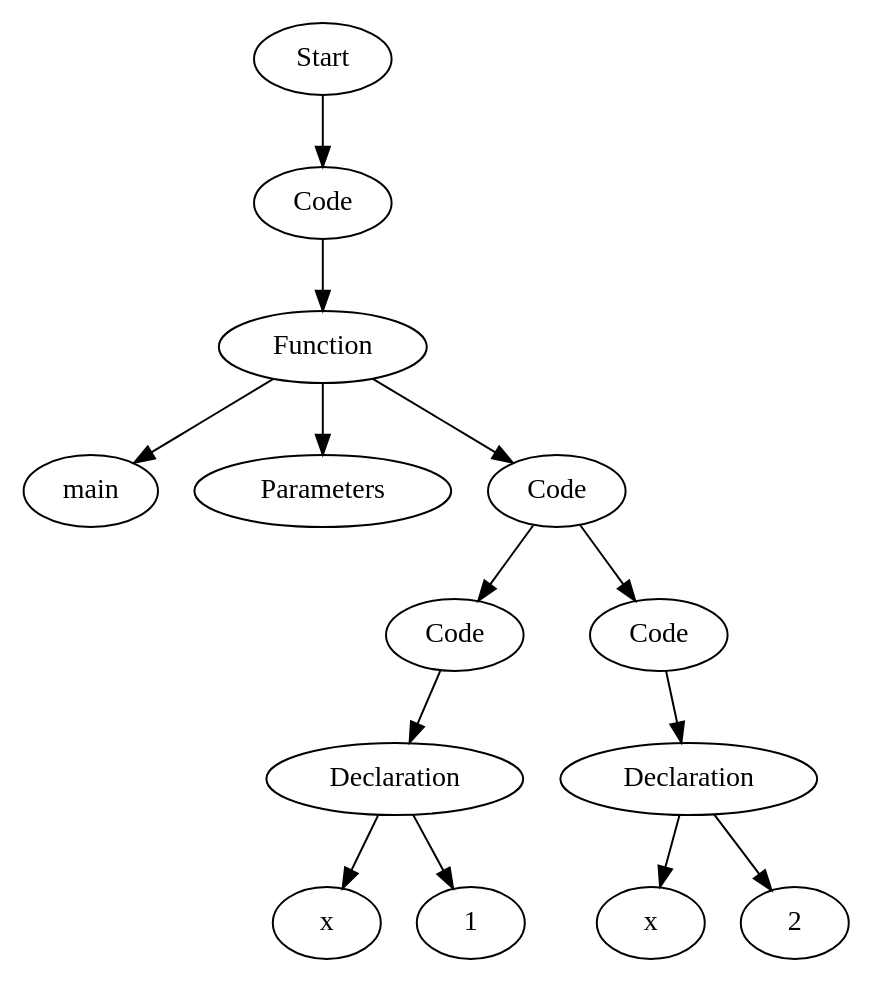
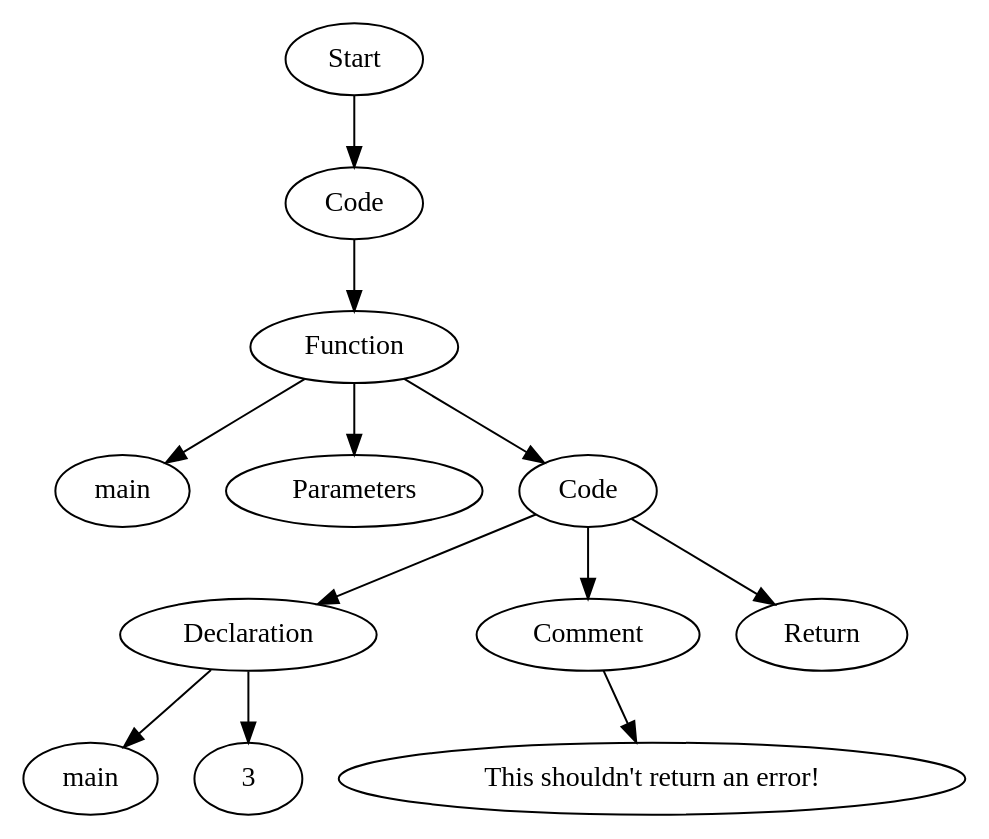
Before and after one commit to Are-you-listening/Compilers: the diagram in TestCases/ASTTests/SemanticErrorsTests/CreateTests/read_file_before.dot, drawn with Graphviz. The commit also changed 26 other files, not shown here.

```diff
--- a/TestCases/ASTTests/SemanticErrorsTests/CreateTests/read_file_before.dot
+++ b/TestCases/ASTTests/SemanticErrorsTests/CreateTests/read_file_before.dot
@@ -1,29 +1,25 @@
 digraph AST {
-  "131288296586304" [label="Start"];
-  "131288296586304" -> "131288296585248";
-  "131288296585248" [label="Code"];
-  "131288296585248" -> "131288296584240";
-  "131288296584240" [label="Function"];
-  "131288296584240" -> "131288296573824";
-  "131288296584240" -> "131288296587072";
-  "131288296584240" -> "131288296582608";
-  "131288296573824" [label="main"];
-  "131288296587072" [label="Parameters"];
-  "131288296582608" [label="Code"];
-  "131288296582608" -> "131288296585728";
-  "131288296582608" -> "131288296577424";
-  "131288296585728" [label="Code"];
-  "131288296585728" -> "131288296586400";
-  "131288296586400" [label="Declaration"];
-  "131288296586400" -> "131288296575552";
-  "131288296586400" -> "131288296585968";
-  "131288296575552" [label="x"];
-  "131288296585968" [label="1"];
-  "131288296577424" [label="Code"];
-  "131288296577424" -> "131288296583520";
-  "131288296583520" [label="Declaration"];
-  "131288296583520" -> "131288296585344";
-  "131288296583520" -> "131288296576224";
-  "131288296585344" [label="x"];
-  "131288296576224" [label="2"];
+  "128814121953520" [label="Start"];
+  "128814121953520" -> "128814121945840";
+  "128814121945840" [label="Code"];
+  "128814121945840" -> "128814121947280";
+  "128814121947280" [label="Function"];
+  "128814121947280" -> "128814121943728";
+  "128814121947280" -> "128814121943920";
+  "128814121947280" -> "128814121953136";
+  "128814121943728" [label="main"];
+  "128814121943920" [label="Parameters"];
+  "128814121953136" [label="Code"];
+  "128814121953136" -> "128814121945216";
+  "128814121953136" -> "128814121945648";
+  "128814121953136" -> "128814121953184";
+  "128814121945216" [label="Declaration"];
+  "128814121945216" -> "128814121944400";
+  "128814121945216" -> "128814121953952";
+  "128814121944400" [label="main"];
+  "128814121953952" [label="3"];
+  "128814121945648" [label="Comment"];
+  "128814121945648" -> "128814121945360";
+  "128814121945360" [label=" This shouldn't return an error!"];
+  "128814121953184" [label="Return"];
 }
```
